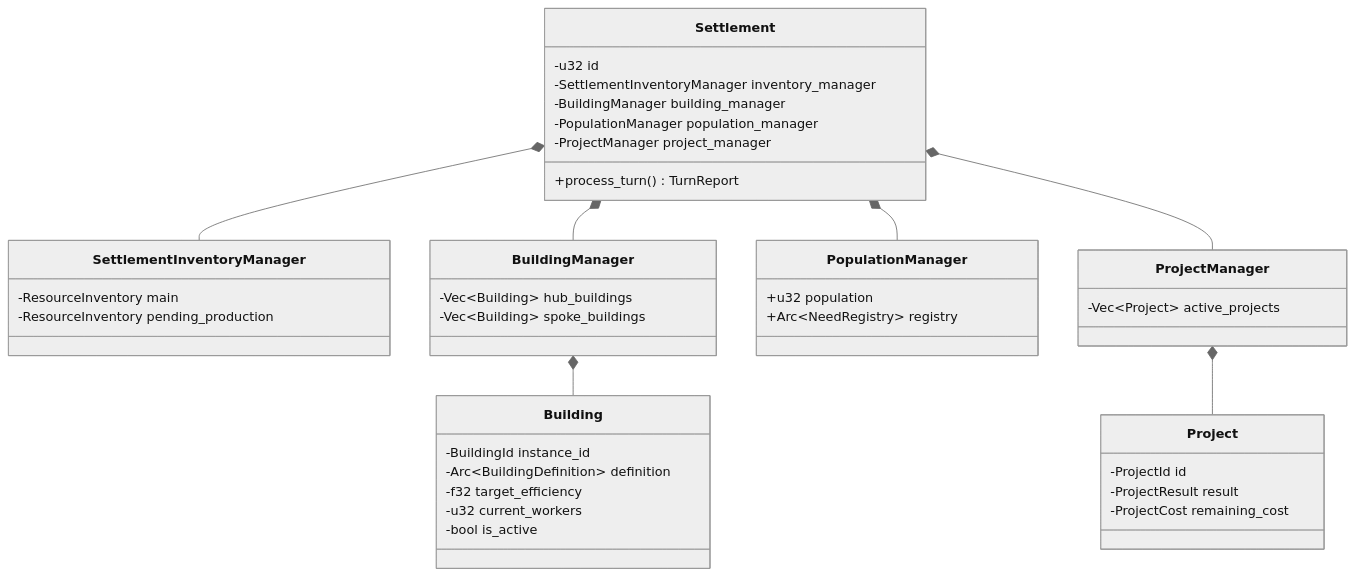
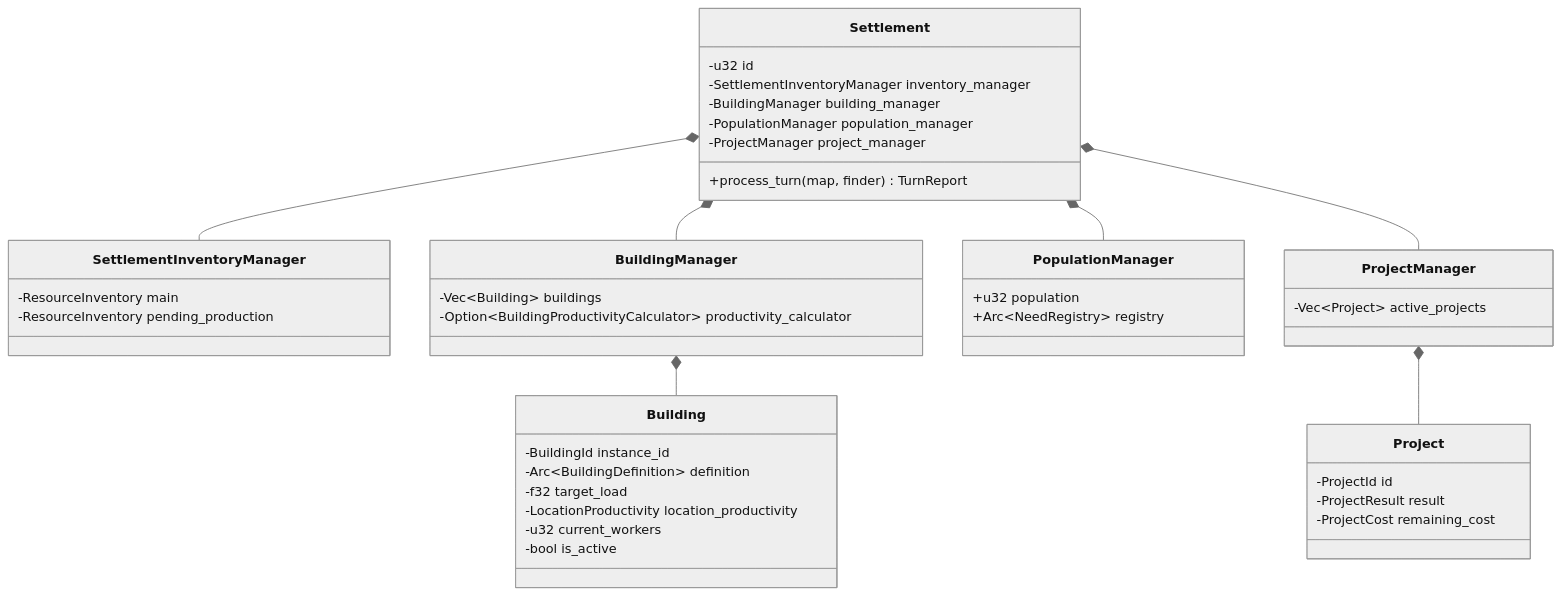
Before and after one commit to KMaksymilian/marl-grand-strategy-game: the first of 2 diagrams in docs/architecture/settlements.md, drawn with Mermaid (neutral theme). The commit also changed other lines of this file and 21 other files, not shown here.

Commit message:
feat(buildings): apply configurable A* travel costs to productivity

````diff
--- a/docs/architecture/settlements.md
+++ b/docs/architecture/settlements.md
@@ -20,44 +20,45 @@
 ```mermaid
 classDiagram
     class Settlement {
         -u32 id
         -SettlementInventoryManager inventory_manager
         -BuildingManager building_manager
         -PopulationManager population_manager
         -ProjectManager project_manager
-        +process_turn() TurnReport
+        +process_turn(map, finder) TurnReport
     }
     class SettlementInventoryManager {
         -ResourceInventory main
         -ResourceInventory pending_production
     }
     class BuildingManager {
-        -Vec~Building~ hub_buildings
-        -Vec~Building~ spoke_buildings
+        -Vec~Building~ buildings
+        -Option~BuildingProductivityCalculator~ productivity_calculator
     }
     class PopulationManager {
         +u32 population
         +Arc~NeedRegistry~ registry
     }
     class ProjectManager {
         -Vec~Project~ active_projects
     }
     class Building {
         -BuildingId instance_id
         -Arc~BuildingDefinition~ definition
-        -f32 target_efficiency
+        -f32 target_load
+        -LocationProductivity location_productivity
         -u32 current_workers
         -bool is_active
     }
     class Project {
         -ProjectId id
         -ProjectResult result
         -ProjectCost remaining_cost
     }
     Settlement *-- SettlementInventoryManager
     Settlement *-- BuildingManager
     Settlement *-- PopulationManager
     Settlement *-- ProjectManager
     BuildingManager *-- Building
     ProjectManager *-- Project
 ```
````
